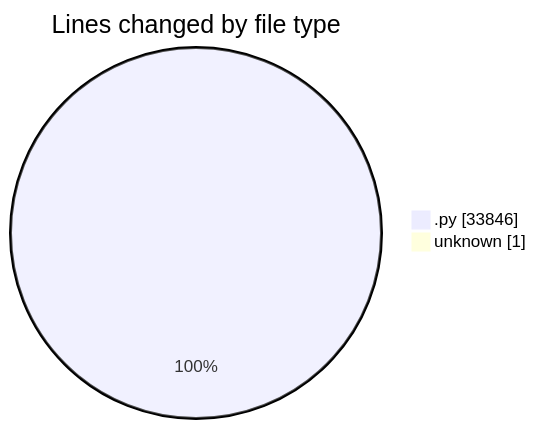
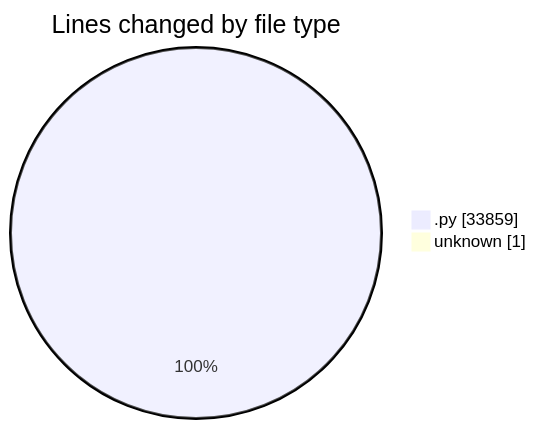
Before and after one commit to julien-gomy/code-tracking: the first of 2 diagrams in 2025-11-22/eventscop-api-guide__workspace_/README.md, drawn with Mermaid. The commit also changed other lines of this file and 1 other file, not shown here.

````diff
--- a/2025-11-22/eventscop-api-guide__workspace_/README.md
+++ b/2025-11-22/eventscop-api-guide__workspace_/README.md
@@ -32,6 +32,6 @@
 ```mermaid
 pie showData
 title Lines changed by file type
-".py" : 33846
+".py" : 33859
 "unknown" : 1
 ```
````
